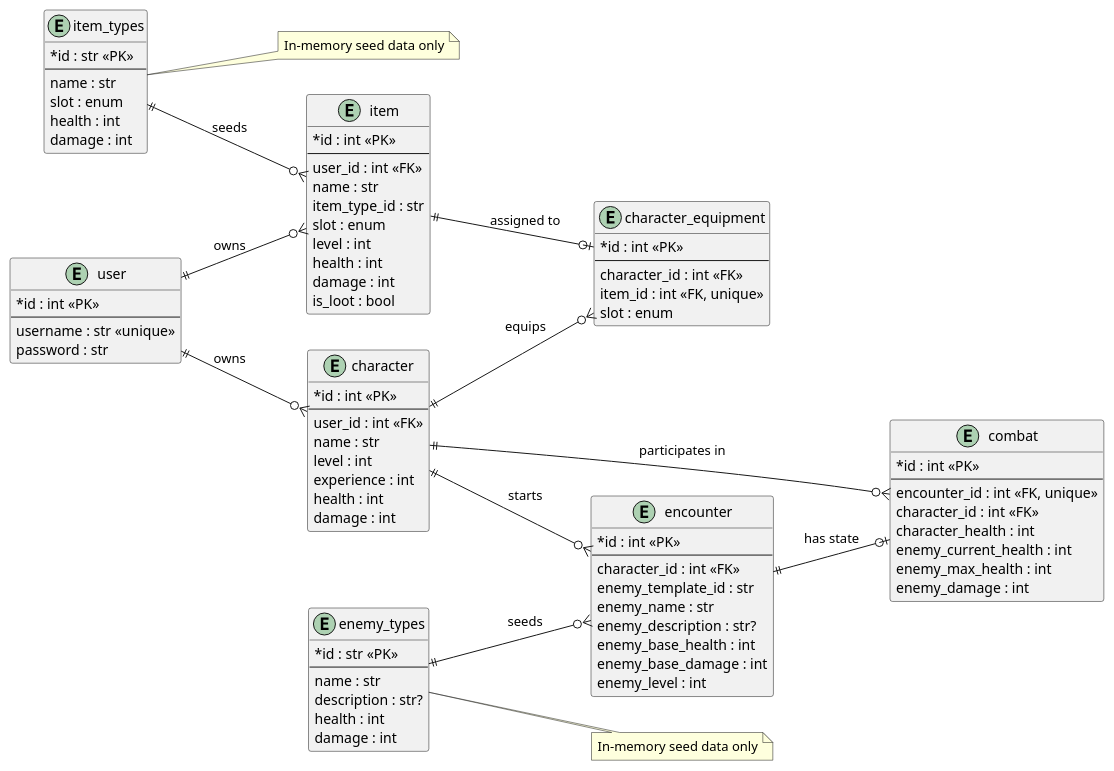
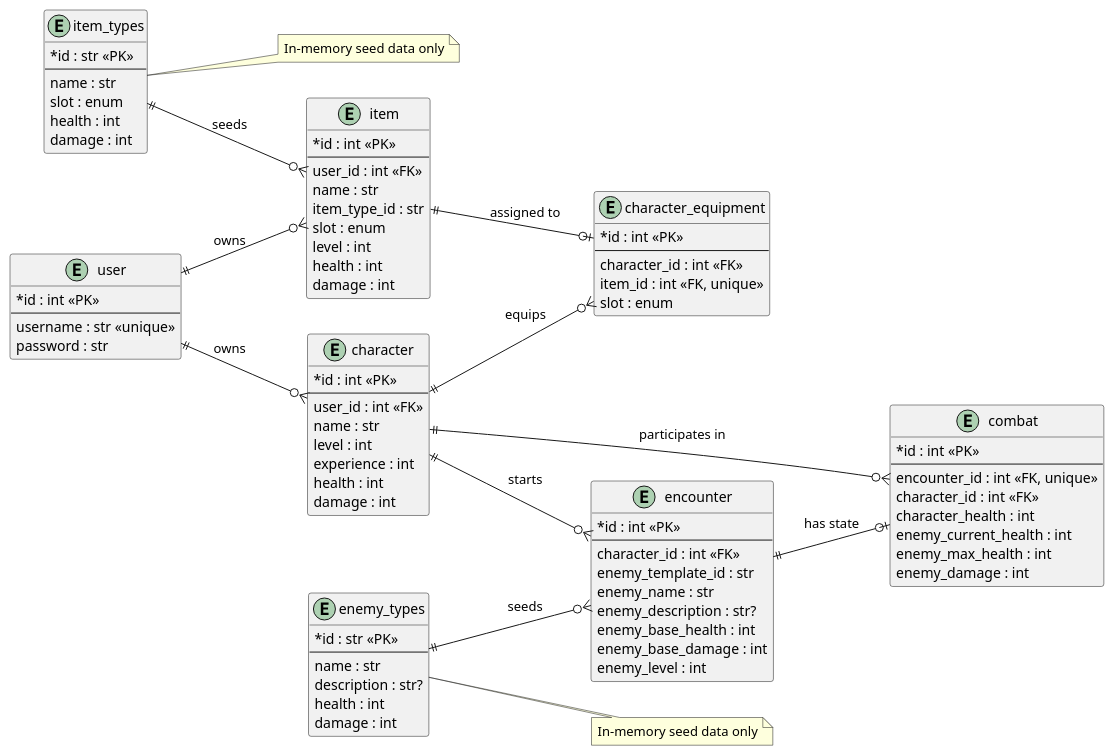
Before and after one commit to cyborgwalrus/dungeons-and-databases: the diagram in docs/database-schema.puml, drawn with PlantUML. The commit also changed 10 other files, not shown here.

```diff
--- a/docs/database-schema.puml
+++ b/docs/database-schema.puml
@@ -1,107 +1,106 @@
 @startuml
 left to right direction
 skinparam shadowing false
 skinparam classAttributeIconSize 0
 
 hide methods
 hide stereotypes
 
 entity "item_types" as item_types {
   *id : str <<PK>>
   --
   name : str
   slot : enum
   health : int
   damage : int
 }
 
 note right of item_types
   In-memory seed data only
 end note
 
 entity "enemy_types" as enemy_types {
   *id : str <<PK>>
   --
   name : str
   description : str?
   health : int
   damage : int
 }
 
 note right of enemy_types
   In-memory seed data only
 end note
 
 entity "user" as user {
   *id : int <<PK>>
   --
   username : str <<unique>>
   password : str
 }
 
 entity "character" as character {
   *id : int <<PK>>
   --
   user_id : int <<FK>>
   name : str
   level : int
   experience : int
   health : int
   damage : int
 }
 
 entity "item" as item {
   *id : int <<PK>>
   --
   user_id : int <<FK>>
   name : str
   item_type_id : str
   slot : enum
   level : int
   health : int
   damage : int
-  is_loot : bool
 }
 
 entity "character_equipment" as character_equipment {
   *id : int <<PK>>
   --
   character_id : int <<FK>>
   item_id : int <<FK, unique>>
   slot : enum
 }
 
 entity "encounter" as encounter {
   *id : int <<PK>>
   --
   character_id : int <<FK>>
   enemy_template_id : str
   enemy_name : str
   enemy_description : str?
   enemy_base_health : int
   enemy_base_damage : int
   enemy_level : int
 }
 
 entity "combat" as combat {
   *id : int <<PK>>
   --
   encounter_id : int <<FK, unique>>
   character_id : int <<FK>>
   character_health : int
   enemy_current_health : int
   enemy_max_health : int
   enemy_damage : int
 }
 
 user ||--o{ character : owns
 user ||--o{ item : owns
 item_types ||--o{ item : seeds
 character ||--o{ character_equipment : equips
 item ||--o| character_equipment : assigned to
 enemy_types ||--o{ encounter : seeds
 character ||--o{ encounter : starts
 encounter ||--o| combat : has state
 character ||--o{ combat : participates in
 
 @enduml
```
